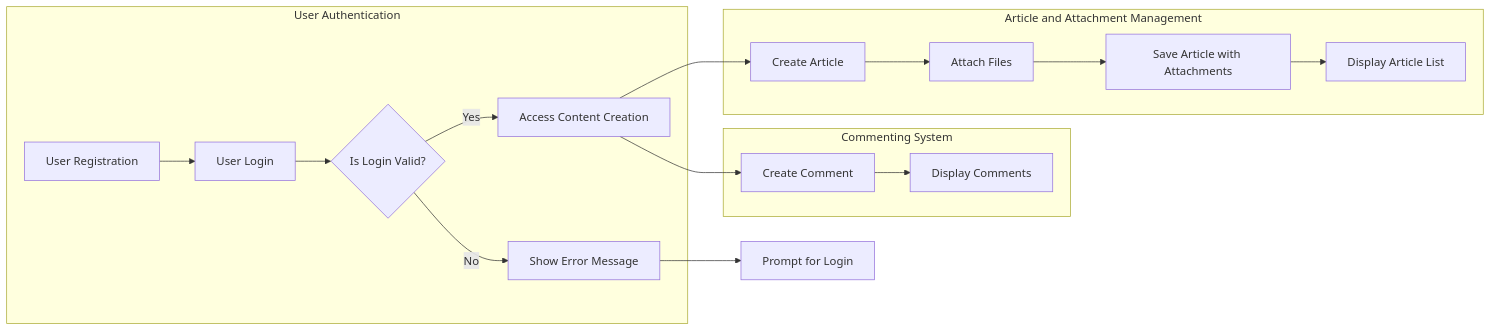
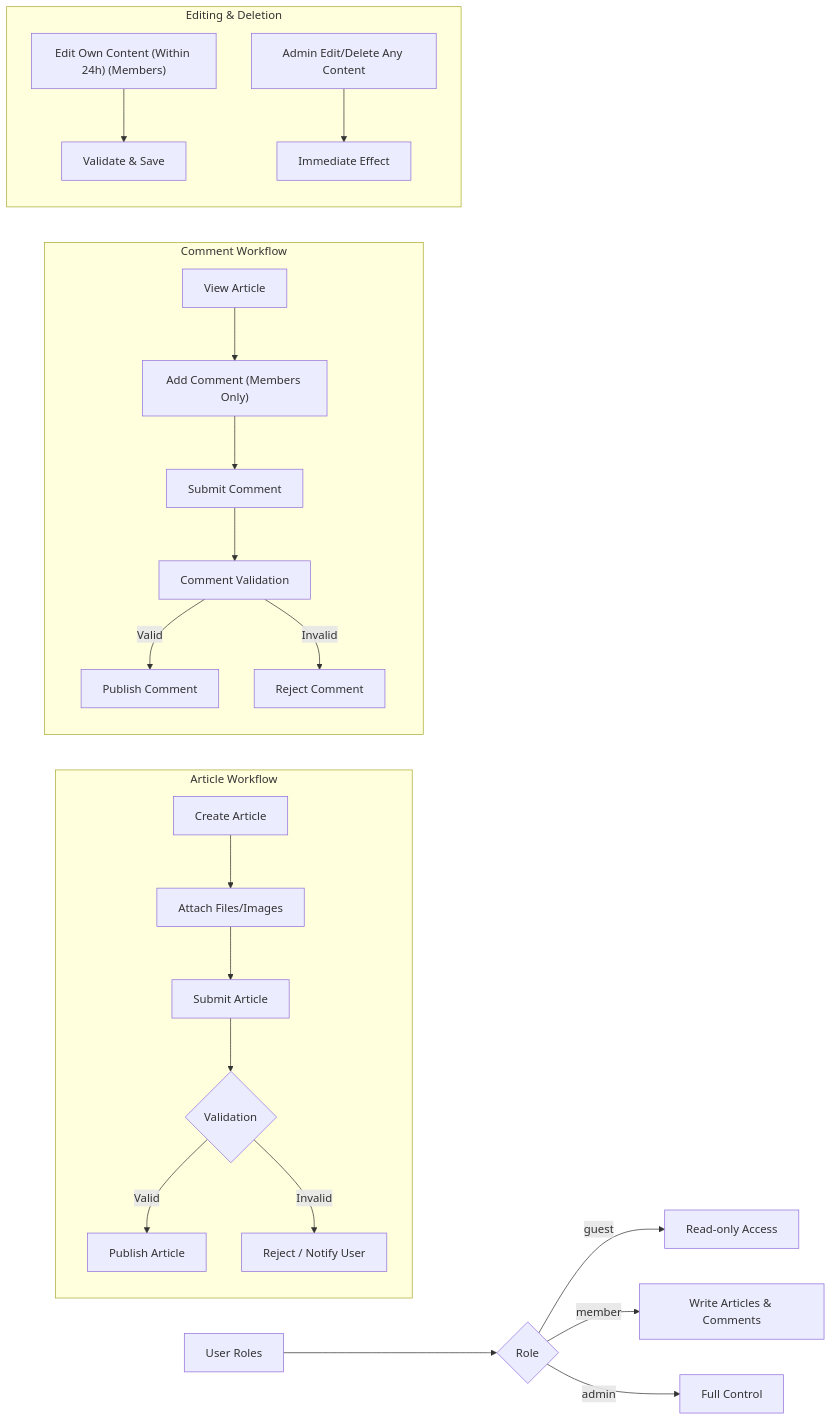
The diagram in openai/gpt-4.1-mini/bbs/docs/analysis/00-toc.md (wrtnlabs/autobe-examples), drawn with Mermaid before and after one commit. The commit also changed other lines of this file and 3569 other files, not shown here.

````diff
--- a/openai/gpt-4.1-mini/bbs/docs/analysis/00-toc.md
+++ b/openai/gpt-4.1-mini/bbs/docs/analysis/00-toc.md
@@ -101,24 +81,25 @@
 ```mermaid
-flowchart LR
-    subgraph "User Authentication"
-      A["User Registration"] --> B["User Login"]
-      B --> C{"Is Login Valid?"}
-      C -->|"Yes"| D["Access Content Creation"]
-      C -->|"No"| E["Show Error Message"]
+graph LR
+    A["User Roles"] --> B{"Role"}
+    B -->|"guest"| C["Read-only Access"]
+    B -->|"member"| D["Write Articles & Comments"]
+    B -->|"admin"| E["Full Control"]
+    subgraph "Article Workflow"
+        F["Create Article"] --> G["Attach Files/Images"]
+        G --> H["Submit Article"]
+        H --> I{"Validation"}
+        I -->|"Valid"| J["Publish Article"]
+        I -->|"Invalid"| K["Reject / Notify User"]
     end
-
-    subgraph "Article and Attachment Management"
-      D --> F["Create Article"]
-      F --> G["Attach Files"]
-      G --> H["Save Article with Attachments"]
-      H --> I["Display Article List"]
+    subgraph "Comment Workflow"
+        L["View Article"] --> M["Add Comment (Members Only)"]
+        M --> N["Submit Comment"]
+        N --> O["Comment Validation"]
+        O -->|"Valid"| P["Publish Comment"]
+        O -->|"Invalid"| Q["Reject Comment"]
     end
-
-    subgraph "Commenting System"
-      D --> J["Create Comment"]
-      J --> K["Display Comments"]
+    subgraph "Editing & Deletion"
+        R["Edit Own Content (Within 24h) (Members)"] --> S["Validate & Save"]
+        T["Admin Edit/Delete Any Content"] --> U["Immediate Effect"]
     end
-
-    E --> L["Prompt for Login"]
-
 ```
````
